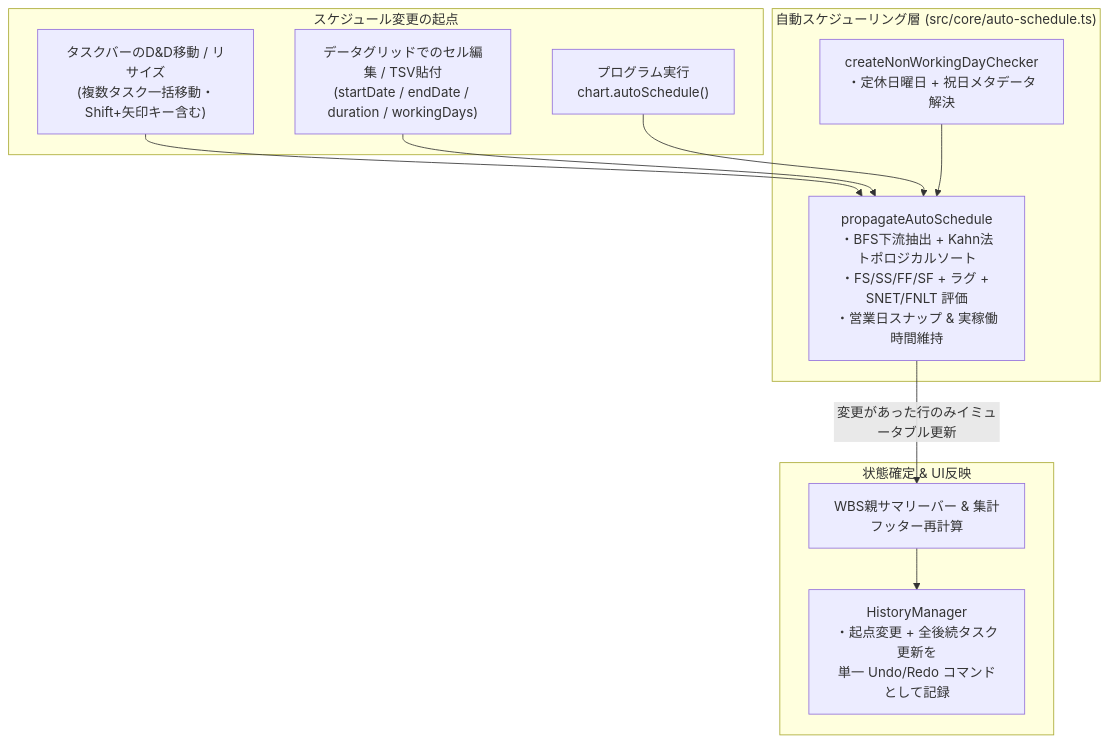
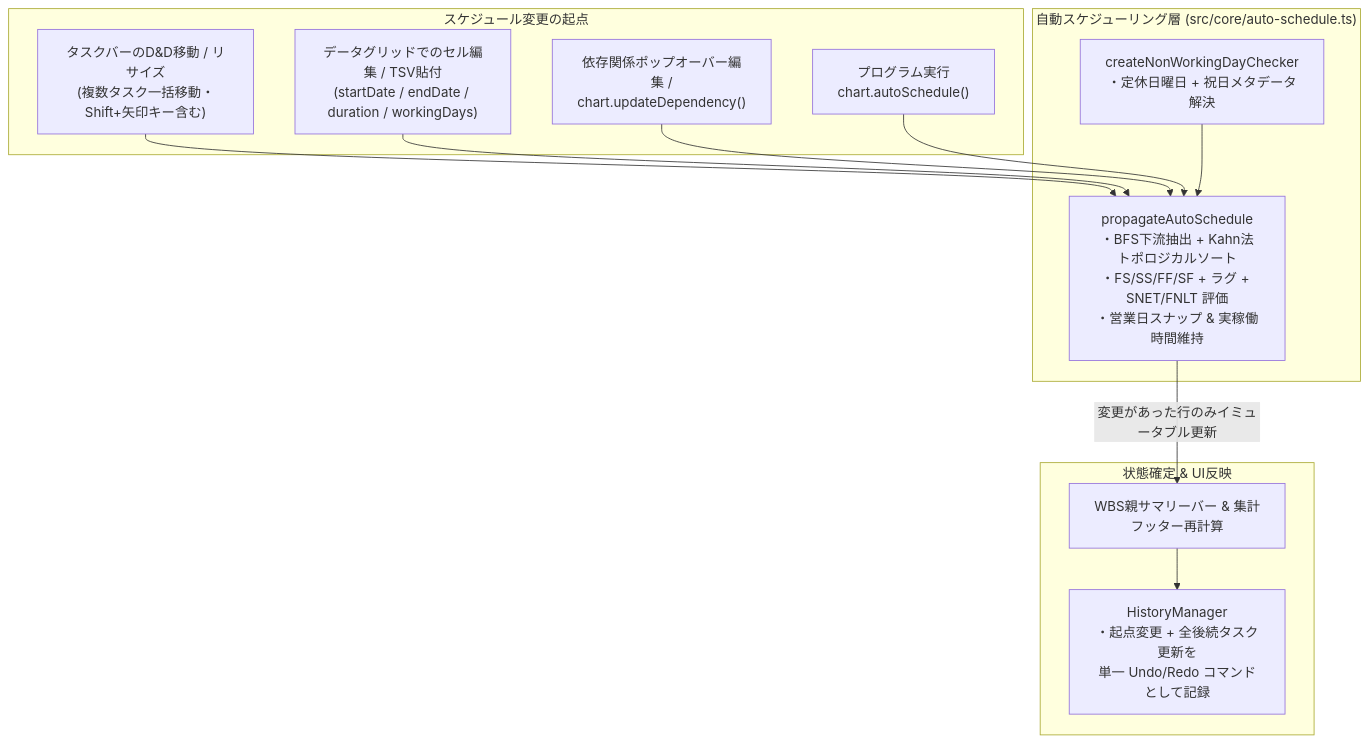
Before and after one commit to hiro-murakami/qiita-content: the first of 2 diagrams in public/moguchart-core-autoschedule.md, drawn with Mermaid. The commit also changed other lines of this file and 1 other file, not shown here.

````diff
--- a/public/moguchart-core-autoschedule.md
+++ b/public/moguchart-core-autoschedule.md
@@ -57,25 +57,27 @@
 ```mermaid
 flowchart TB
     subgraph Triggers ["スケジュール変更の起点"]
         Drag["タスクバーのD&D移動 / リサイズ<br>(複数タスク一括移動・Shift+矢印キー含む)"]
         GridEdit["データグリッドでのセル編集 / TSV貼付<br>(startDate / endDate / duration / workingDays)"]
+        DepEdit["依存関係ポップオーバー編集 /<br>chart.updateDependency()"]
         Manual["プログラム実行<br>chart.autoSchedule()"]
     end
 
     subgraph Engine ["自動スケジューリング層 (src/core/auto-schedule.ts)"]
         Holiday["createNonWorkingDayChecker<br>・定休日曜日 + 祝日メタデータ解決"]
         Cascade["propagateAutoSchedule<br>・BFS下流抽出 + Kahn法トポロジカルソート<br>・FS/SS/FF/SF + ラグ + SNET/FNLT 評価<br>・営業日スナップ & 実稼働時間維持"]
     end
 
     subgraph Commit ["状態確定 & UI反映"]
         Wbs["WBS親サマリーバー & 集計フッター再計算"]
         History["HistoryManager<br>・起点変更 + 全後続タスク更新を<br>単一 Undo/Redo コマンドとして記録"]
     end
 
     Drag --> Cascade
     GridEdit --> Cascade
+    DepEdit --> Cascade
     Manual --> Cascade
     Holiday --> Cascade
     Cascade -->|"変更があった行のみイミュータブル更新"| Wbs
     Wbs --> History
 ```
````
